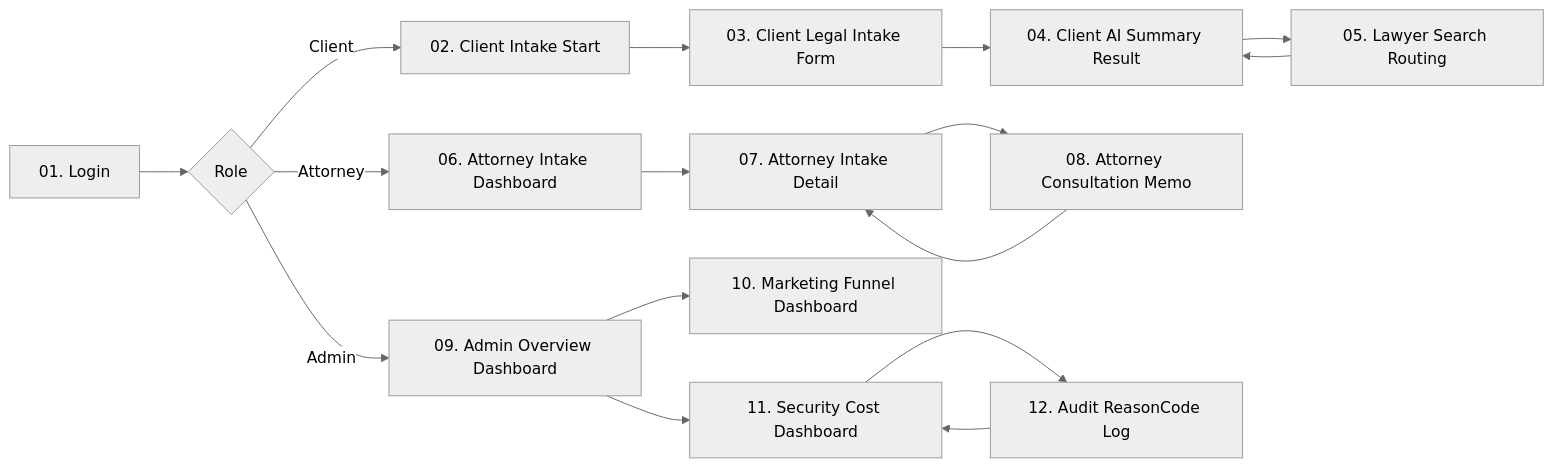
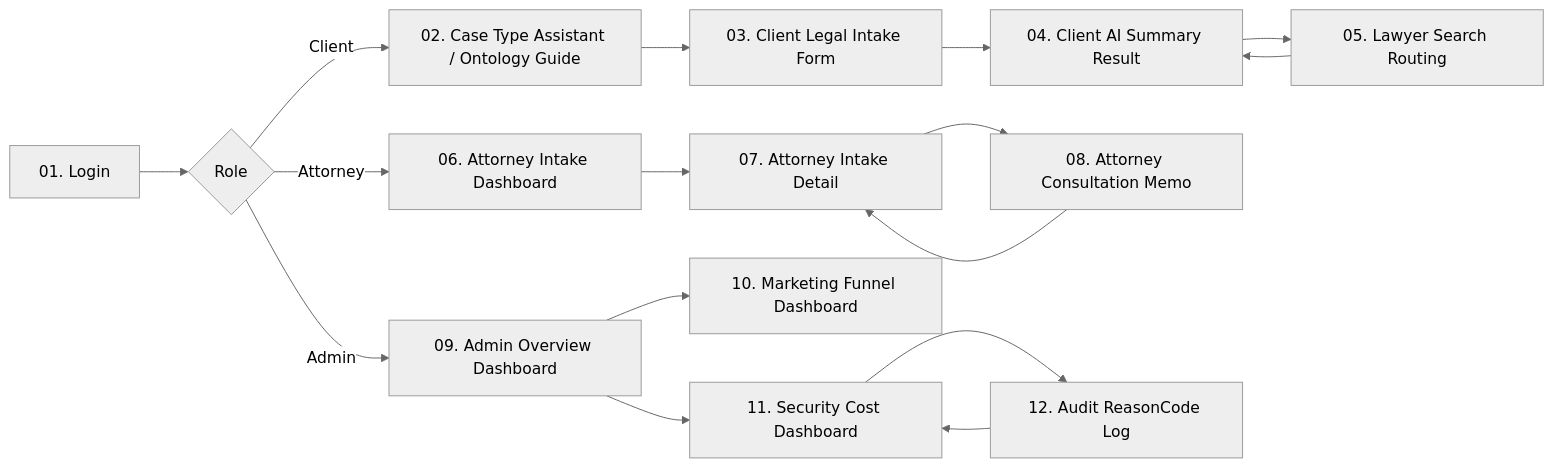
The diagram in docs/SCREEN_WIREFRAME_PROMPTS.md (ai-agent-orchestrator/legal-ai-intake-system), drawn with Mermaid (neutral theme) before and after one commit. The commit also changed other lines of this file and 1 other file, not shown here.

Commit message:
docs: refine ontology case type assistant screen

````diff
--- a/docs/SCREEN_WIREFRAME_PROMPTS.md
+++ b/docs/SCREEN_WIREFRAME_PROMPTS.md
@@ -68,21 +68,21 @@
 ```mermaid
 flowchart LR
     S01["01. Login"] --> R{"Role"}
 
-    R -- Client --> S02["02. Client Intake Start"]
+    R -- Client --> S02["02. Case Type Assistant / Ontology Guide"]
     S02 --> S03["03. Client Legal Intake Form"]
     S03 --> S04["04. Client AI Summary Result"]
     S04 --> S05["05. Lawyer Search Routing"]
     S05 --> S04
 
     R -- Attorney --> S06["06. Attorney Intake Dashboard"]
     S06 --> S07["07. Attorney Intake Detail"]
     S07 --> S08["08. Attorney Consultation Memo"]
     S08 --> S07
 
     R -- Admin --> S09["09. Admin Overview Dashboard"]
     S09 --> S10["10. Marketing Funnel Dashboard"]
     S09 --> S11["11. Security Cost Dashboard"]
     S11 --> S12["12. Audit ReasonCode Log"]
     S12 --> S11
 ```
````
